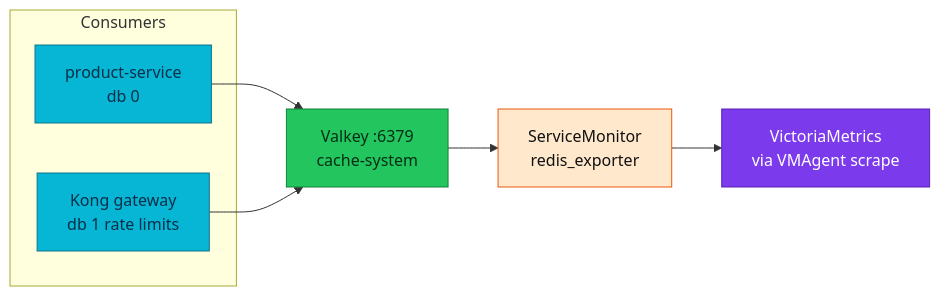
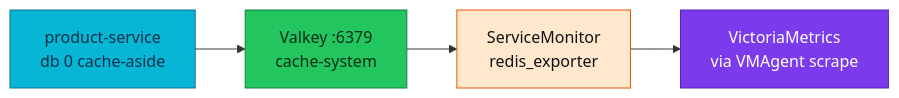
One commit to duynhlab/homelab changed the first of 3 diagrams in docs/caching/README.md. Above: the diagram before and after it, drawn with Mermaid. The commit also changed other lines of this file and 30 other files, not shown here.

````diff
--- a/docs/caching/README.md
+++ b/docs/caching/README.md
@@ -41,19 +45,14 @@
 ```mermaid
 flowchart LR
-    subgraph consumers [Consumers]
-        PROD["product-service<br/>db 0"]
-        KONG["Kong gateway<br/>db 1 rate limits"]
-    end
-    PROD --> VALKEY["Valkey :6379<br/>cache-system"]
-    KONG --> VALKEY
+    PROD["product-service<br/>db 0 cache-aside"] --> VALKEY["Valkey :6379<br/>cache-system"]
     VALKEY --> SM["ServiceMonitor<br/>redis_exporter"]
     SM --> VM["VictoriaMetrics<br/>via VMAgent scrape"]
     classDef service fill:#06b6d4,color:#082f49,stroke:#0e7490;
     classDef data fill:#22c55e,color:#052e16,stroke:#15803d;
     classDef platform fill:#7c3aed,color:#fff,stroke:#5b21b6;
     classDef metric fill:#ffe8cc,color:#111,stroke:#e8590c;
-    class PROD,KONG service;
+    class PROD service;
     class VALKEY data;
     class SM metric;
     class VM platform;
 ```
````
